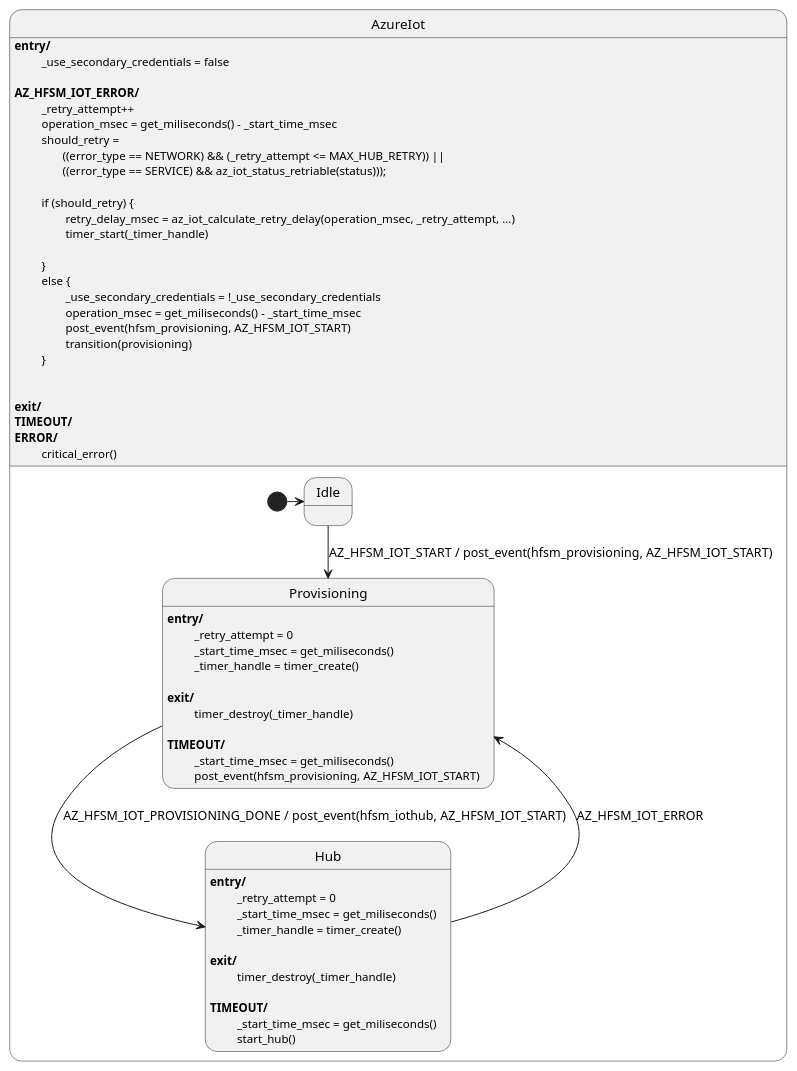
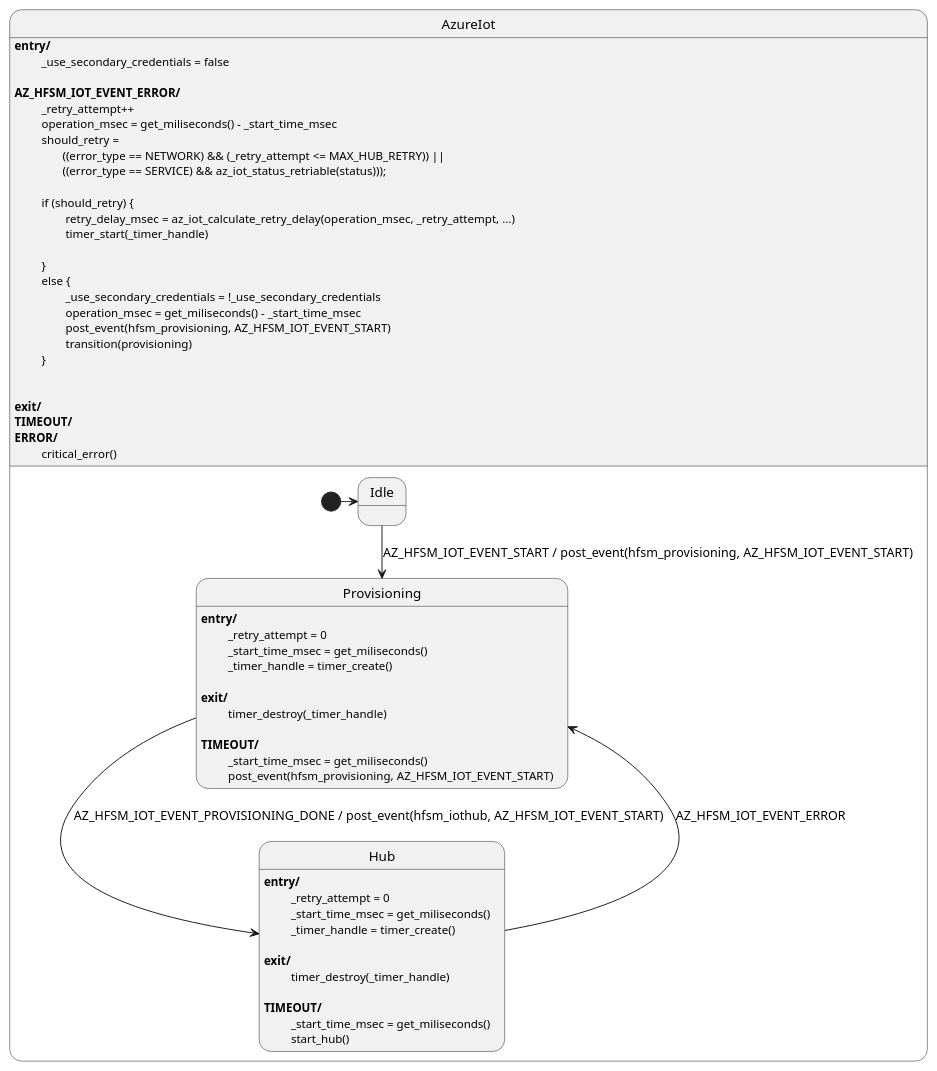
Before and after one commit to vaavva/azure-sdk-for-c-hfsm: the diagram in sdk/docs/iot/resources/az_iot_hfsm.puml, drawn with PlantUML. The commit also changed 9 other files, not shown here.

Commit message:
WIP: Azure IoT HFSM. Added new timer callback platform layer.

```diff
--- a/sdk/docs/iot/resources/az_iot_hfsm.puml
+++ b/sdk/docs/iot/resources/az_iot_hfsm.puml
@@ -1,67 +1,67 @@
 @startuml Azure IoT HFSM
 
 state AzureIot {
     state Idle
     
     state Provisioning
     Provisioning: <b>entry/</b>
     Provisioning : \t _retry_attempt = 0
     Provisioning : \t _start_time_msec = get_miliseconds()
     Provisioning : \t _timer_handle = timer_create()
     Provisioning :
     Provisioning : <b>exit/</b>
     Provisioning : \t timer_destroy(_timer_handle)
     Provisioning :
     Provisioning : <b>TIMEOUT/</b>
     Provisioning : \t _start_time_msec = get_miliseconds()
-    Provisioning : \t post_event(hfsm_provisioning, AZ_HFSM_IOT_START)
+    Provisioning : \t post_event(hfsm_provisioning, AZ_HFSM_IOT_EVENT_START)
 
     state Hub
     Hub : <b>entry/</b>
     Hub : \t _retry_attempt = 0
     Hub : \t _start_time_msec = get_miliseconds()
     Hub : \t _timer_handle = timer_create()
     Hub :
     Hub : <b>exit/</b>
     Hub : \t timer_destroy(_timer_handle)
     Hub : 
     Hub : <b>TIMEOUT/</b>
     Hub : \t _start_time_msec = get_miliseconds()
     Hub : \t start_hub()
     
     [*] -> Idle
-    Idle --> Provisioning : AZ_HFSM_IOT_START / post_event(hfsm_provisioning, AZ_HFSM_IOT_START)
-    Provisioning --> Hub : AZ_HFSM_IOT_PROVISIONING_DONE / post_event(hfsm_iothub, AZ_HFSM_IOT_START)
+    Idle --> Provisioning : AZ_HFSM_IOT_EVENT_START / post_event(hfsm_provisioning, AZ_HFSM_IOT_EVENT_START)
+    Provisioning --> Hub : AZ_HFSM_IOT_EVENT_PROVISIONING_DONE / post_event(hfsm_iothub, AZ_HFSM_IOT_EVENT_START)
 
-    Hub -> Provisioning : AZ_HFSM_IOT_ERROR
+    Hub -> Provisioning : AZ_HFSM_IOT_EVENT_ERROR
 }
 
 AzureIot : <b>entry/</b> 
 AzureIot : \t _use_secondary_credentials = false
 AzureIot :
-AzureIot : <b>AZ_HFSM_IOT_ERROR/</b>
+AzureIot : <b>AZ_HFSM_IOT_EVENT_ERROR/</b>
 AzureIot : \t _retry_attempt++
 AzureIot : \t operation_msec = get_miliseconds() - _start_time_msec
 AzureIot : \t should_retry = 
 AzureIot : \t\t((error_type == NETWORK) && (_retry_attempt <= MAX_HUB_RETRY)) || 
 AzureIot : \t\t((error_type == SERVICE) && az_iot_status_retriable(status)));
 AzureIot: 
 AzureIot : \t if (should_retry) {
 AzureIot : \t\t retry_delay_msec = az_iot_calculate_retry_delay(operation_msec, _retry_attempt, ...)
 AzureIot : \t\t timer_start(_timer_handle)
 AzureIot : \t\t
 AzureIot : \t }
 AzureIot : \t else {
 AzureIot : \t\t _use_secondary_credentials = !_use_secondary_credentials
 AzureIot:  \t\t operation_msec = get_miliseconds() - _start_time_msec
-AzureIot : \t\t post_event(hfsm_provisioning, AZ_HFSM_IOT_START)
+AzureIot : \t\t post_event(hfsm_provisioning, AZ_HFSM_IOT_EVENT_START)
 AzureIot : \t\t transition(provisioning)
 AzureIot : \t }
 AzureIot :
 AzureIot :
 AzureIot : <b>exit/</b>
 AzureIot : <b>TIMEOUT/</b>
 AzureIot : <b>ERROR/</b>
 AzureIot : \t critical_error()
 
 @enduml
```
